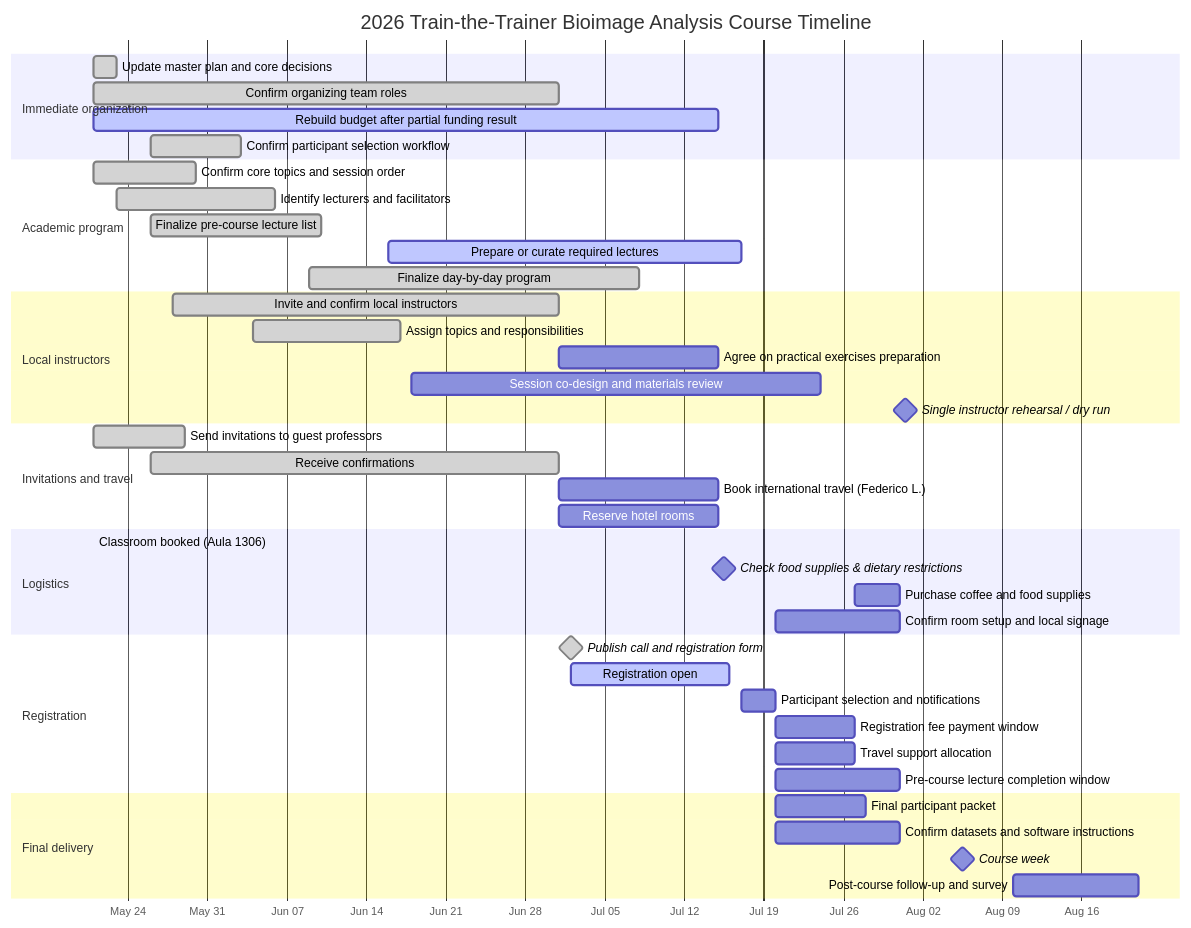
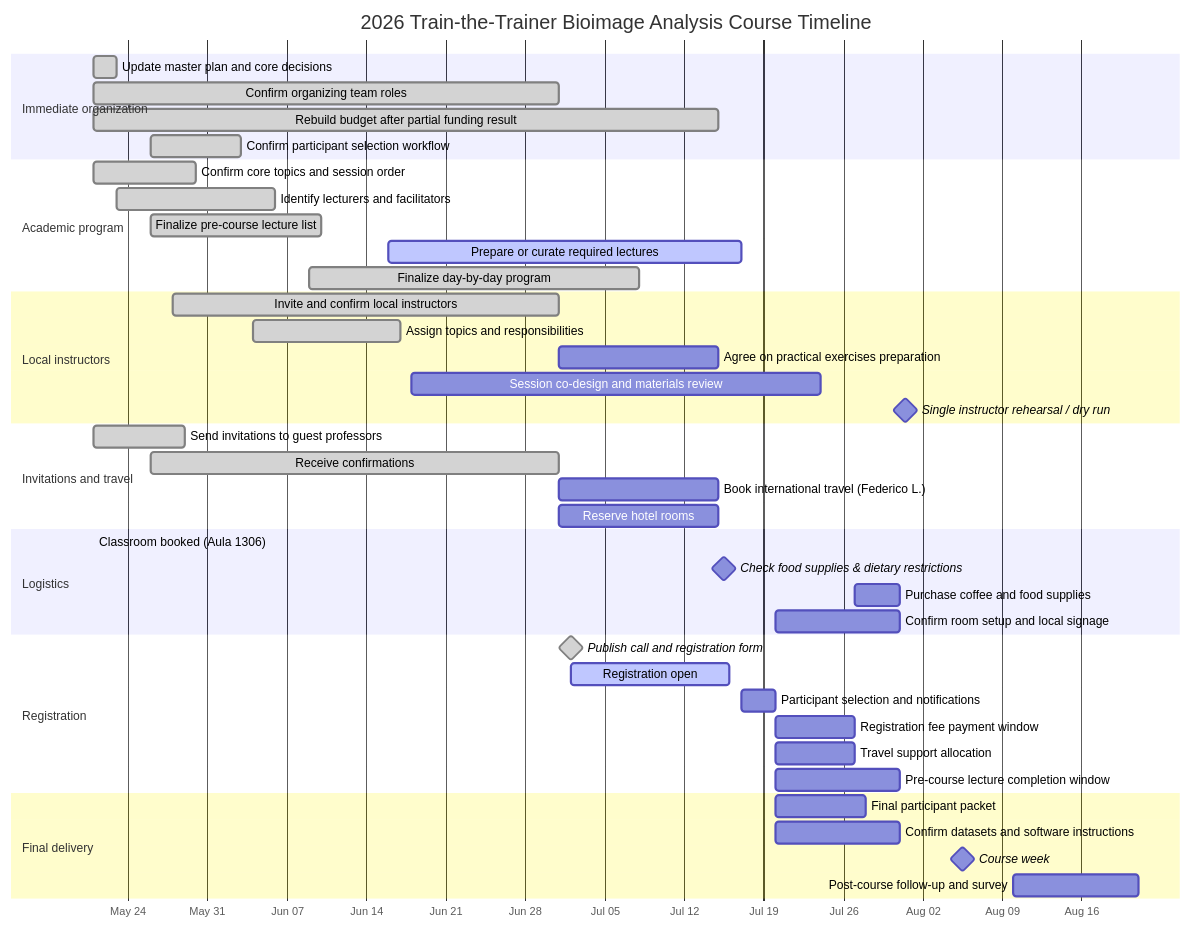
The diagram in COURSE_MASTER_PLAN.md (acorbat/2026_TtT_Course), drawn with Mermaid before and after one commit. The commit also changed other lines of this file and 3 other files, not shown here.

````diff
--- a/COURSE_MASTER_PLAN.md
+++ b/COURSE_MASTER_PLAN.md
@@ -43,52 +43,52 @@
 ```mermaid
 gantt
     title 2026 Train-the-Trainer Bioimage Analysis Course Timeline
     dateFormat  YYYY-MM-DD
     axisFormat  %b %d
 
     section Immediate organization
     Update master plan and core decisions         :done, plan, 2026-05-21, 2026-05-23
     Confirm organizing team roles                 :done, roles, 2026-05-21, 2026-07-01
-    Rebuild budget after partial funding result   :active, budget, 2026-05-21, 2026-07-15
+    Rebuild budget after partial funding result   :done, budget, 2026-05-21, 2026-07-15
     Confirm participant selection workflow        :done, selectionflow, 2026-05-26, 2026-06-03
 
     section Academic program
     Confirm core topics and session order         :done, topics, 2026-05-21, 2026-05-30
     Identify lecturers and facilitators           :done, lecturers, 2026-05-23, 2026-06-06
     Finalize pre-course lecture list              :done, prelist, 2026-05-26, 2026-06-10
     Prepare or curate required lectures           :active, prework, 2026-06-16, 2026-07-17
     Finalize day-by-day program                   :done, program, 2026-06-09, 2026-07-08
 
     section Local instructors
     Invite and confirm local instructors          :done, localinvite, 2026-05-28, 2026-07-01
     Assign topics and responsibilities            :done, localroles, 2026-06-04, 2026-06-17
     Agree on practical exercises preparation      :localexercises, 2026-07-01, 2026-07-15
     Session co-design and materials review        :localcodesign, 2026-06-18, 2026-07-24
     Single instructor rehearsal / dry run         :milestone, localrehearsal, 2026-07-31, 1d
 
     section Invitations and travel
     Send invitations to guest professors          :done, invite, 2026-05-21, 2026-05-29
     Receive confirmations                         :done, confirm, 2026-05-26, 2026-07-01
     Book international travel (Federico L.)       :travel, 2026-07-01, 2026-07-15
     Reserve hotel rooms                           :hotel, 2026-07-01, 2026-07-15
 
     section Logistics
     Classroom booked (Aula 1306)                  :done, classroom, 2026-05-21, 2026-05-21
     Check food supplies & dietary restrictions    :milestone, cateringcheck, 2026-07-15, 1d
     Purchase coffee and food supplies             :cateringpurchase, 2026-07-27, 2026-07-31
     Confirm room setup and local signage          :roomfinal, 2026-07-20, 2026-07-31
 
     section Registration
     Publish call and registration form            :done, milestone, call, 2026-07-02, 0d
     Registration open                             :active, regopen, 2026-07-02, 2026-07-16
     Participant selection and notifications       :selection, 2026-07-17, 2026-07-20
     Registration fee payment window               :payment, 2026-07-20, 2026-07-27
     Travel support allocation                     :support, 2026-07-20, 2026-07-27
     Pre-course lecture completion window          :lecturewindow, 2026-07-20, 2026-07-31
 
     section Final delivery
     Final participant packet                      :packet, 2026-07-20, 2026-07-28
     Confirm datasets and software instructions    :software, 2026-07-20, 2026-07-31
     Course week                                   :milestone, course, 2026-08-03, 5d
     Post-course follow-up and survey              :followup, 2026-08-10, 2026-08-21
 ```
````
